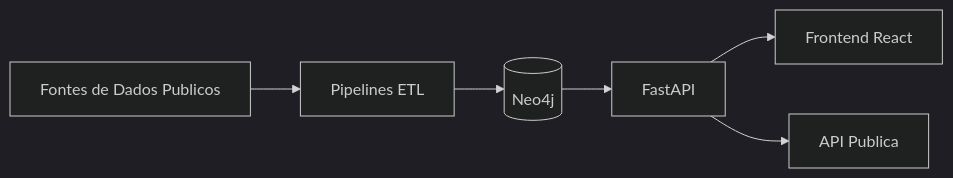
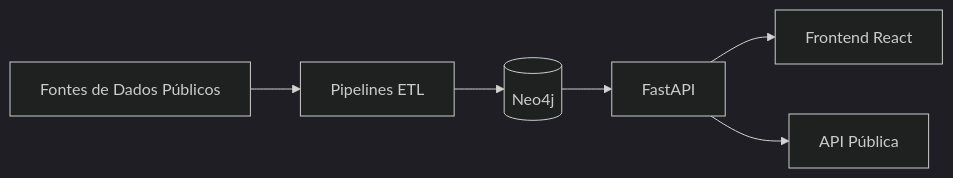
One commit to VengelKuraggidim/br-acc changed the diagram in docs/pt-BR/README.md. Above: the diagram before and after it, drawn with Mermaid (dark theme). The commit also changed other lines of this file and 15 other files, not shown here.

````diff
--- a/docs/pt-BR/README.md
+++ b/docs/pt-BR/README.md
@@ -137,8 +128,8 @@
 ```mermaid
 graph LR
-    A[Fontes de Dados Publicos] --> B[Pipelines ETL]
+    A[Fontes de Dados Públicos] --> B[Pipelines ETL]
     B --> C[(Neo4j)]
     C --> D[FastAPI]
     D --> E[Frontend React]
-    D --> F[API Publica]
+    D --> F[API Pública]
 ```
````
